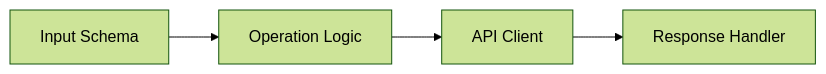
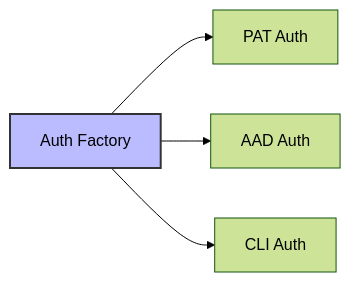
Before and after one commit to violetVo/ado-mcp: the second of 7 diagrams in memory-bank/systemPatterns.md, drawn with Mermaid (forest theme). The commit also changed other lines of this file and 5 other files, not shown here.

````diff
--- a/memory-bank/systemPatterns.md
+++ b/memory-bank/systemPatterns.md
@@ -24,6 +27,8 @@
 ```mermaid
 flowchart LR
-    Schema[Input Schema] --> Operation[Operation Logic]
-    Operation --> Client[API Client]
-    Client --> Response[Response Handler]
+    Factory[Auth Factory] --> PAT[PAT Auth]
+    Factory --> AAD[AAD Auth]
+    Factory --> CLI[CLI Auth]
+    
+    style Factory fill:#bbf,stroke:#333,stroke-width:2px
 ```
````
